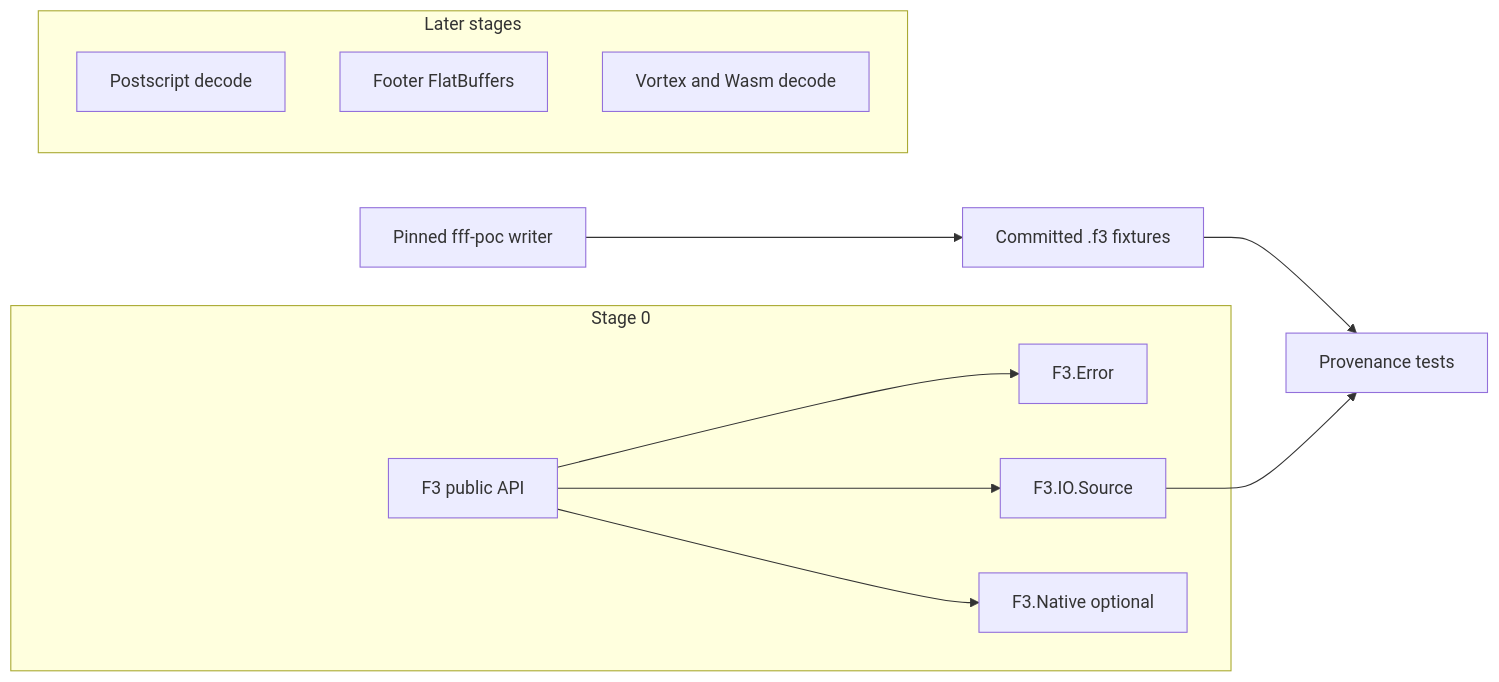
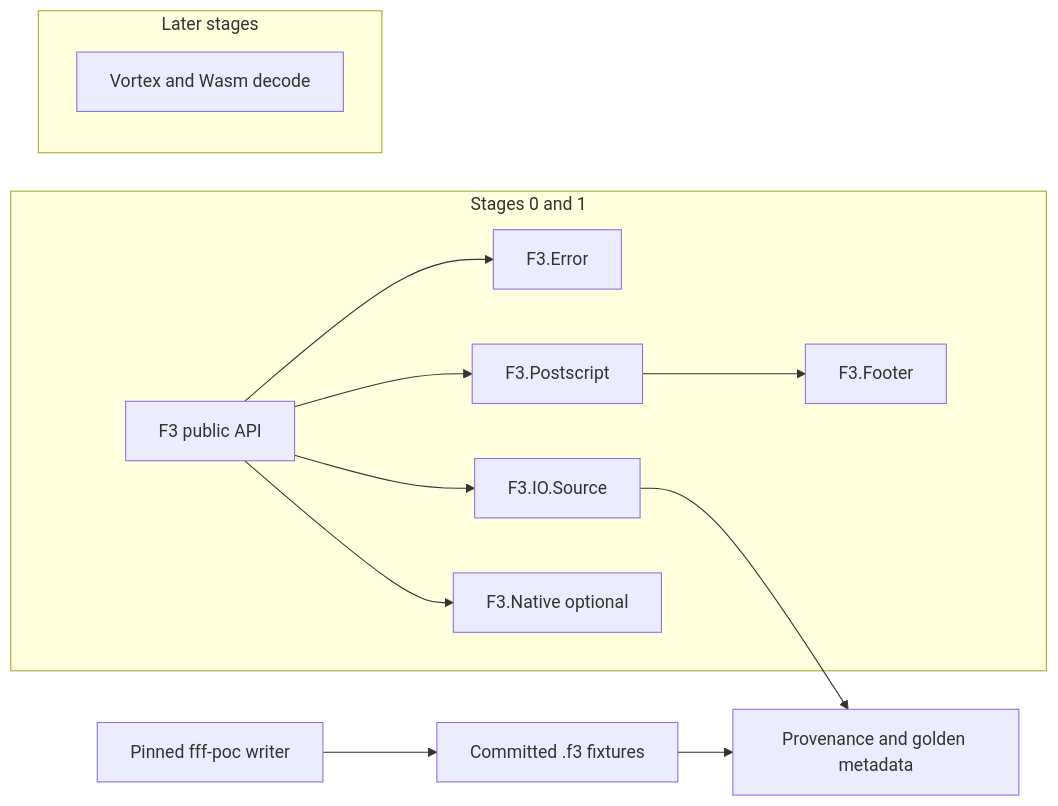
Before and after one commit to thanos/f3: the diagram in docs/architecture.md, drawn with Mermaid. The commit also changed other lines of this file and 40 other files, not shown here.

````diff
--- a/docs/architecture.md
+++ b/docs/architecture.md
@@ -5,20 +5,22 @@
 ```mermaid
 flowchart LR
-  subgraph stage0 [Stage 0]
+  subgraph now [Stages 0 and 1]
     API[F3 public API]
     Err[F3.Error]
     Src[F3.IO.Source]
+    PS[F3.Postscript]
+    FB[F3.Footer]
     Nat[F3.Native optional]
     API --> Err
     API --> Src
+    API --> PS
+    PS --> FB
     API --> Nat
   end
   subgraph later [Later stages]
-    PS[Postscript decode]
-    FB[Footer FlatBuffers]
     Dec[Vortex and Wasm decode]
   end
   Up[Pinned fff-poc writer] --> Fix[Committed .f3 fixtures]
-  Fix --> Tests[Provenance tests]
+  Fix --> Tests[Provenance and golden metadata]
   Src --> Tests
 ```
````
